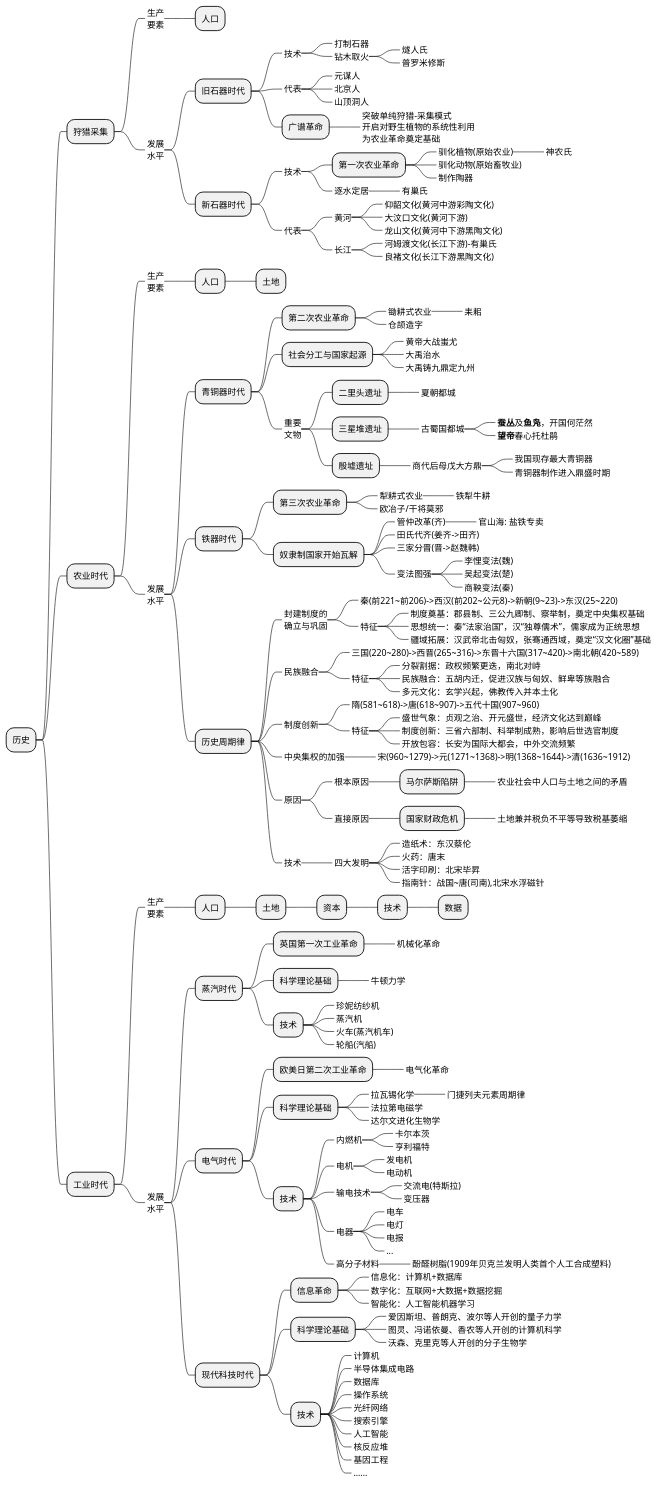
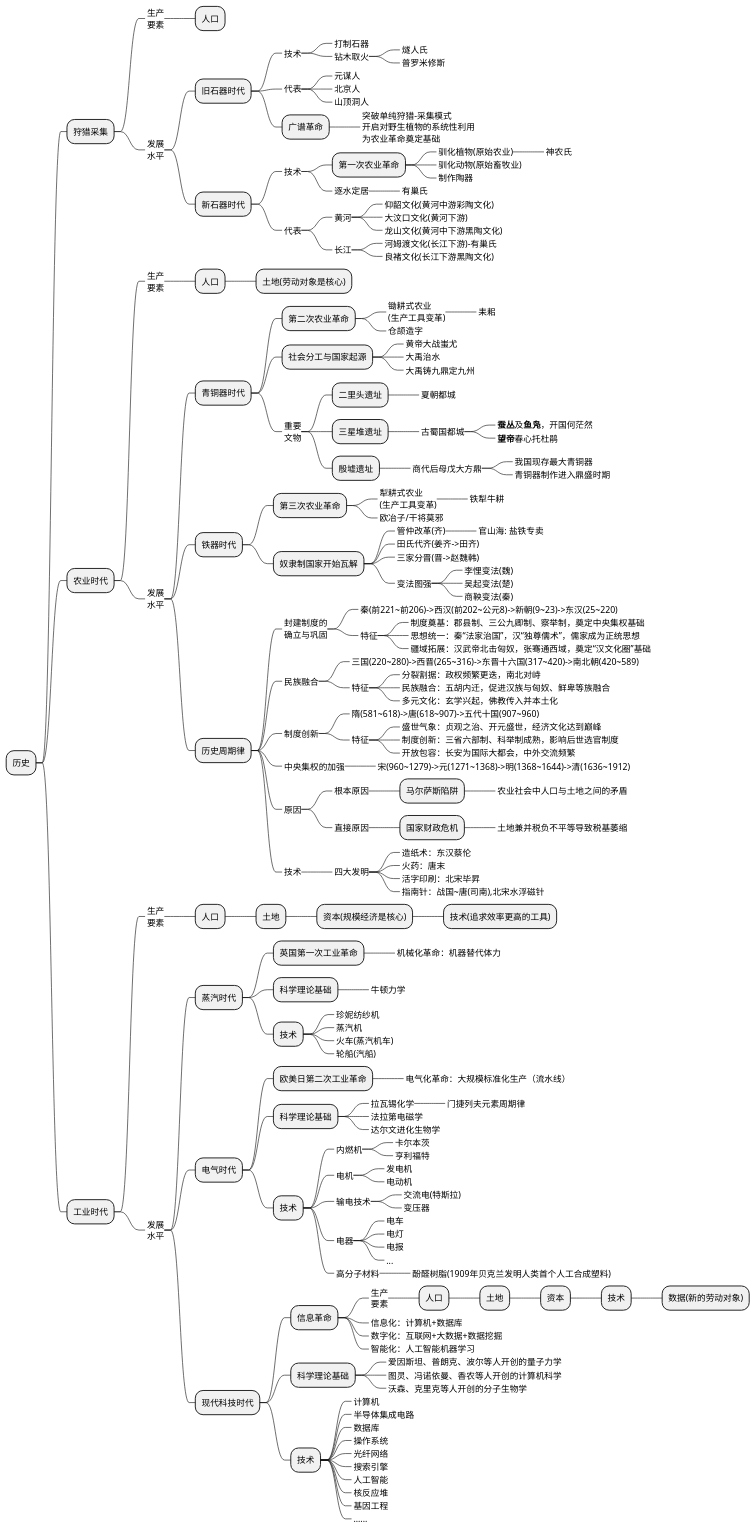
The first of 2 diagrams in source/_posts/economic/economic_and_history.md (holmofy/blog.hufeifei.cn), drawn with PlantUML before and after one commit. The commit also changed other lines of this file, not shown here.

```diff
--- a/source/_posts/economic/economic_and_history.md
+++ b/source/_posts/economic/economic_and_history.md
@@ -56,11 +56,11 @@
 ++ 农业时代
 +++_ 生产\n要素
 ++++ 人口
-+++++ 土地
++++++ 土地(劳动对象是核心)
 +++_ 发展\n水平
 ++++ 青铜器时代
 +++++ 第二次农业革命
-++++++_ 锄耕式农业
+++++++_ 锄耕式农业\n(生产工具变革)
 +++++++_ 耒耜
 ++++++_ 仓颉造字
 +++++ 社会分工与国家起源
@@ -80,7 +80,7 @@
 ++++++++_ 青铜器制作进入鼎盛时期
 ++++ 铁器时代
 +++++ 第三次农业革命
-++++++_ 犁耕式农业
+++++++_ 犁耕式农业\n(生产工具变革)
 +++++++_ 铁犁牛耕
 ++++++_ 欧冶子/干将莫邪
 +++++ 奴隶制国家开始瓦解
@@ -130,13 +130,12 @@
 +++_ 生产\n要素
 ++++ 人口
 +++++ 土地
-++++++ 资本
-+++++++ 技术
-++++++++ 数据
+++++++ 资本(规模经济是核心)
++++++++ 技术(追求效率更高的工具)
 +++_ 发展\n水平
 ++++ 蒸汽时代
 +++++ 英国第一次工业革命
-++++++_ 机械化革命
+++++++_ 机械化革命：机器替代体力
 +++++ 科学理论基础
 ++++++_ 牛顿力学
 +++++ 技术
@@ -146,7 +145,7 @@
 ++++++_ 轮船(汽船)
 ++++ 电气时代
 +++++ 欧美日第二次工业革命
-++++++_ 电气化革命
+++++++_ 电气化革命：大规模标准化生产（流水线）
 +++++ 科学理论基础
 ++++++_ 拉瓦锡化学
 +++++++_ 门捷列夫元素周期律
@@ -171,6 +170,12 @@
 +++++++_ 酚醛树脂(1909年贝克兰发明人类首个人工合成塑料)
 ++++ 现代科技时代
 +++++ 信息革命
+++++++_ 生产\n要素
++++++++ 人口
+++++++++ 土地
++++++++++ 资本
+++++++++++ 技术
++++++++++++ 数据(新的劳动对象)
 ++++++_ 信息化：计算机+数据库
 ++++++_ 数字化：互联网+大数据+数据挖掘
 ++++++_ 智能化：人工智能机器学习
```
